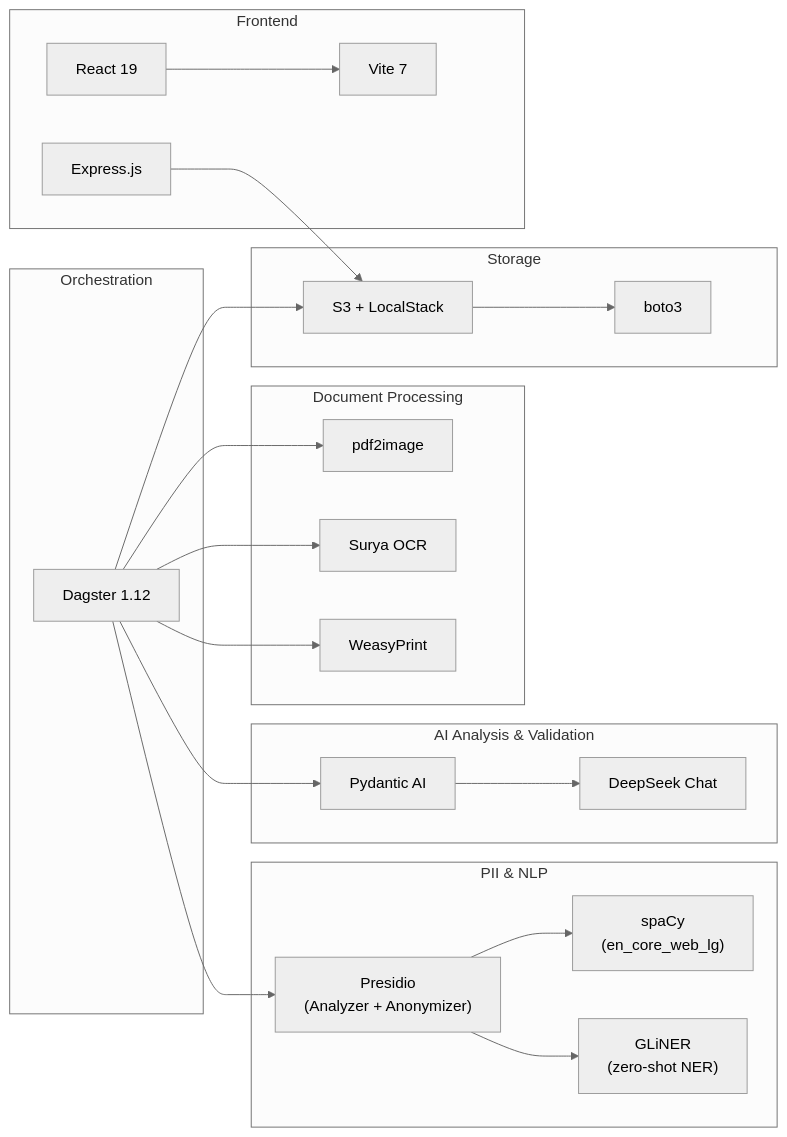
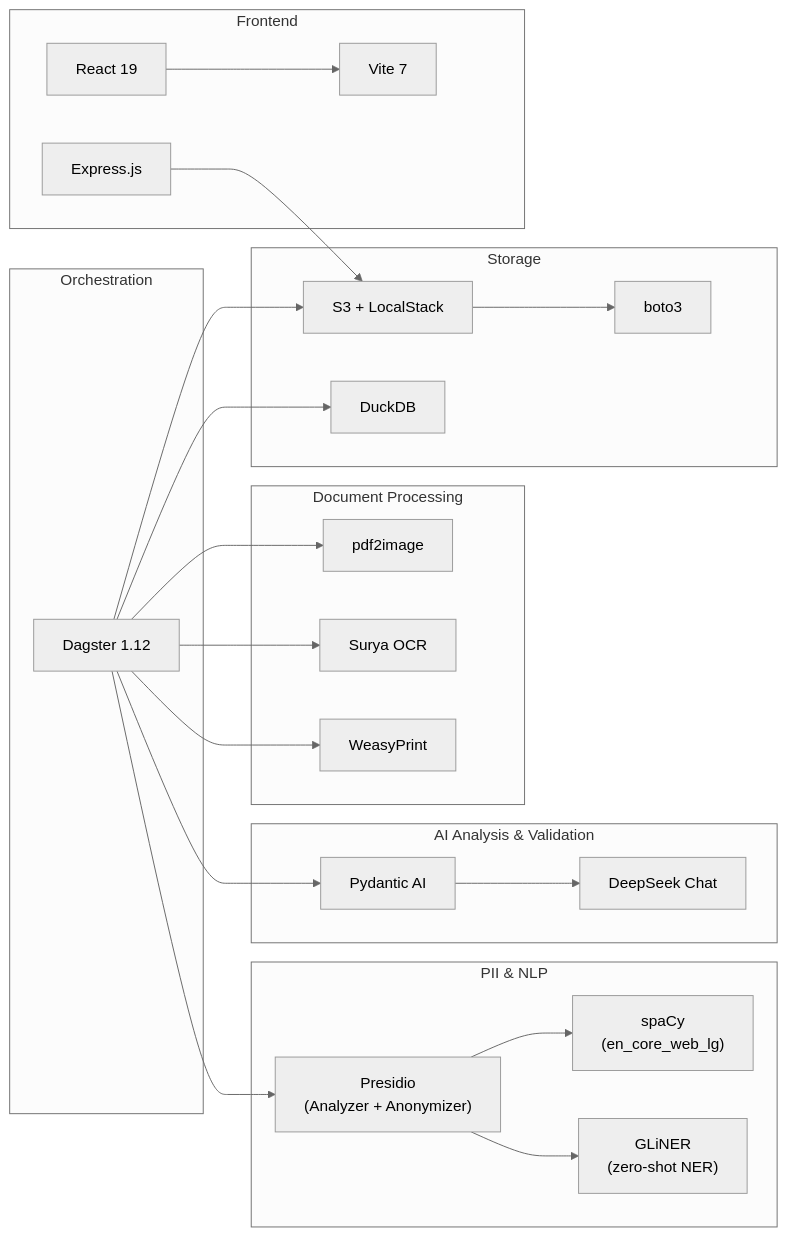
One commit to danielpodrazka/dagster-document-intelligence changed the ninth of 9 diagrams in README.md. Above: the diagram before and after it, drawn with Mermaid (neutral theme). The commit also changed other lines of this file and 11 other files, not shown here.

````diff
--- a/README.md
+++ b/README.md
@@ -396,47 +467,49 @@
 ```mermaid
 graph LR
     subgraph Orchestration
         Dagster["Dagster 1.12"]
     end
 
     subgraph Document["Document Processing"]
         pdf2image["pdf2image"]
         Surya["Surya OCR"]
         WeasyPrint["WeasyPrint"]
     end
 
     subgraph NLP["PII & NLP"]
         Presidio["Presidio<br/>(Analyzer + Anonymizer)"]
         spaCy["spaCy<br/>(en_core_web_lg)"]
         GLiNER["GLiNER<br/>(zero-shot NER)"]
     end
 
     subgraph AI["AI Analysis & Validation"]
         PydanticAI["Pydantic AI"]
         DeepSeek["DeepSeek Chat"]
     end
 
     subgraph Storage["Storage"]
         S3["S3 + LocalStack"]
         boto3["boto3"]
+        DuckDB["DuckDB"]
     end
 
     subgraph Frontend["Frontend"]
         React["React 19"]
         Vite["Vite 7"]
         Express["Express.js"]
     end
 
     Dagster --> pdf2image
     Dagster --> Surya
     Dagster --> Presidio
     Presidio --> spaCy
     Presidio --> GLiNER
     Dagster --> PydanticAI
     PydanticAI --> DeepSeek
     Dagster --> WeasyPrint
     Dagster --> S3
+    Dagster --> DuckDB
     S3 --> boto3
     React --> Vite
     Express --> S3
 ```
````
